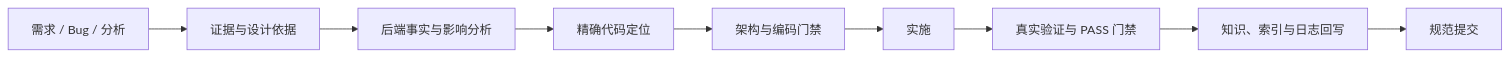
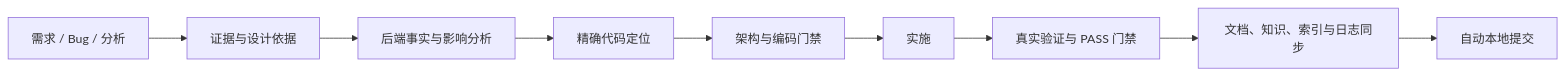
The diagram in README.md (exception-coder/team-standards), drawn with Mermaid before and after one commit. The commit also changed other lines of this file and 16 other files, not shown here.

````diff
--- a/README.md
+++ b/README.md
@@ -17,11 +17,11 @@
 ```mermaid
 flowchart LR
     INTENT["需求 / Bug / 分析"] --> EVIDENCE["证据与设计依据"]
     EVIDENCE --> IMPACT["后端事实与影响分析"]
     IMPACT --> LOCATE["精确代码定位"]
     LOCATE --> GUARD["架构与编码门禁"]
     GUARD --> BUILD["实施"]
     BUILD --> VERIFY["真实验证与 PASS 门禁"]
-    VERIFY --> WRITEBACK["知识、索引与日志回写"]
-    WRITEBACK --> COMMIT["规范提交"]
+    VERIFY --> WRITEBACK["文档、知识、索引与日志同步"]
+    WRITEBACK --> COMMIT["自动本地提交"]
 ```
````
